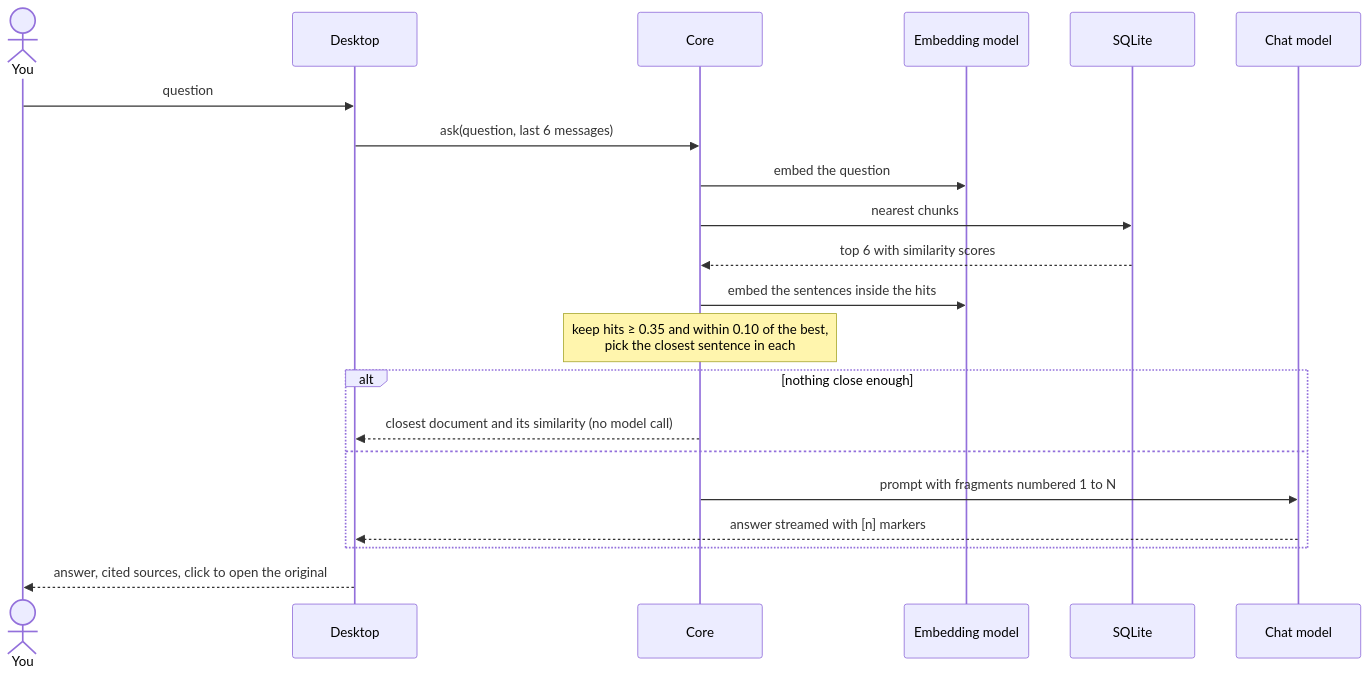
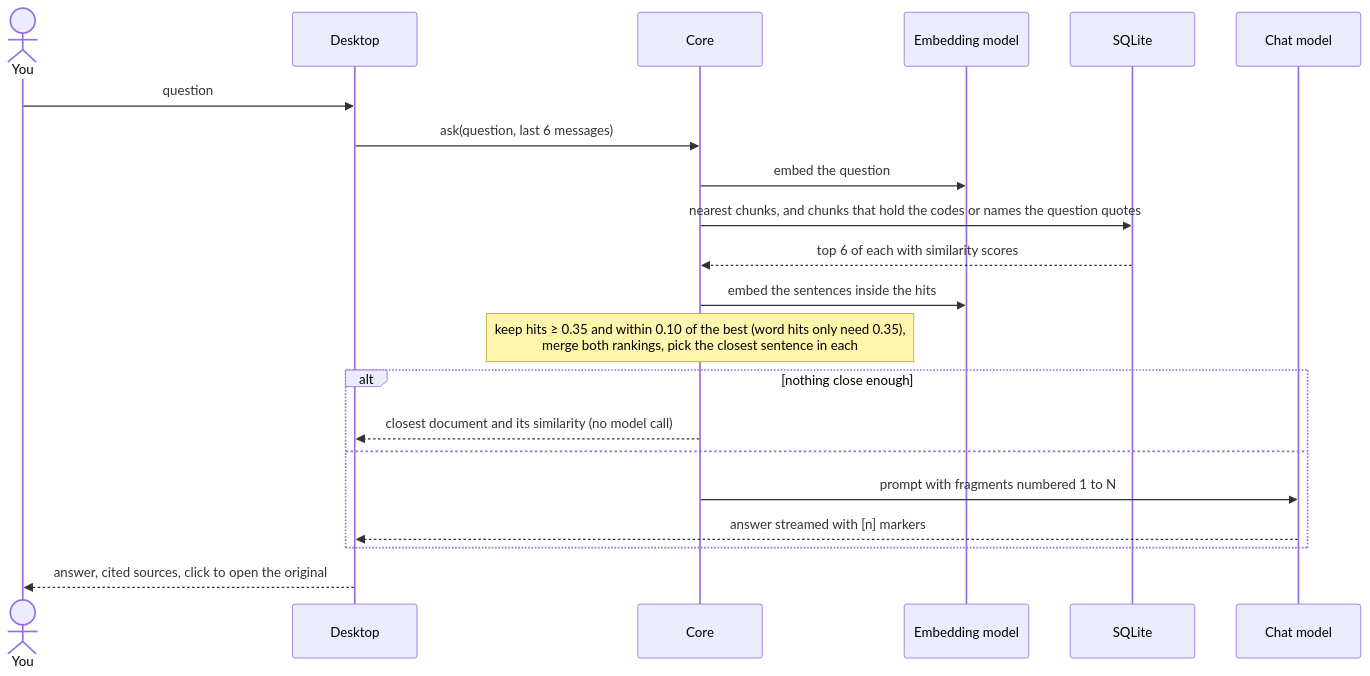
The first of 5 diagrams in README.md (sburdenko/scrinium), drawn with Mermaid before and after one commit. The commit also changed other lines of this file and 20 other files, not shown here.

First line of the commit message:
feat: search the identifiers a question names with SQLite FTS5

````diff
--- a/README.md
+++ b/README.md
@@ -210,24 +210,24 @@
 ```mermaid
 sequenceDiagram
     actor You
     participant UI as Desktop
     participant Core as Core
     participant Emb as Embedding model
     participant DB as SQLite
     participant LLM as Chat model
 
     You->>UI: question
     UI->>Core: ask(question, last 6 messages)
     Core->>Emb: embed the question
-    Core->>DB: nearest chunks
-    DB-->>Core: top 6 with similarity scores
+    Core->>DB: nearest chunks, and chunks that hold the codes or names the question quotes
+    DB-->>Core: top 6 of each with similarity scores
     Core->>Emb: embed the sentences inside the hits
-    Note over Core: keep hits ≥ 0.35 and within 0.10 of the best,<br/>pick the closest sentence in each
+    Note over Core: keep hits ≥ 0.35 and within 0.10 of the best (word hits only need 0.35),<br/>merge both rankings, pick the closest sentence in each
     alt nothing close enough
         Core-->>UI: closest document and its similarity (no model call)
     else
         Core->>LLM: prompt with fragments numbered 1 to N
         LLM-->>UI: answer streamed with [n] markers
     end
     UI-->>You: answer, cited sources, click to open the original
 ```
````
